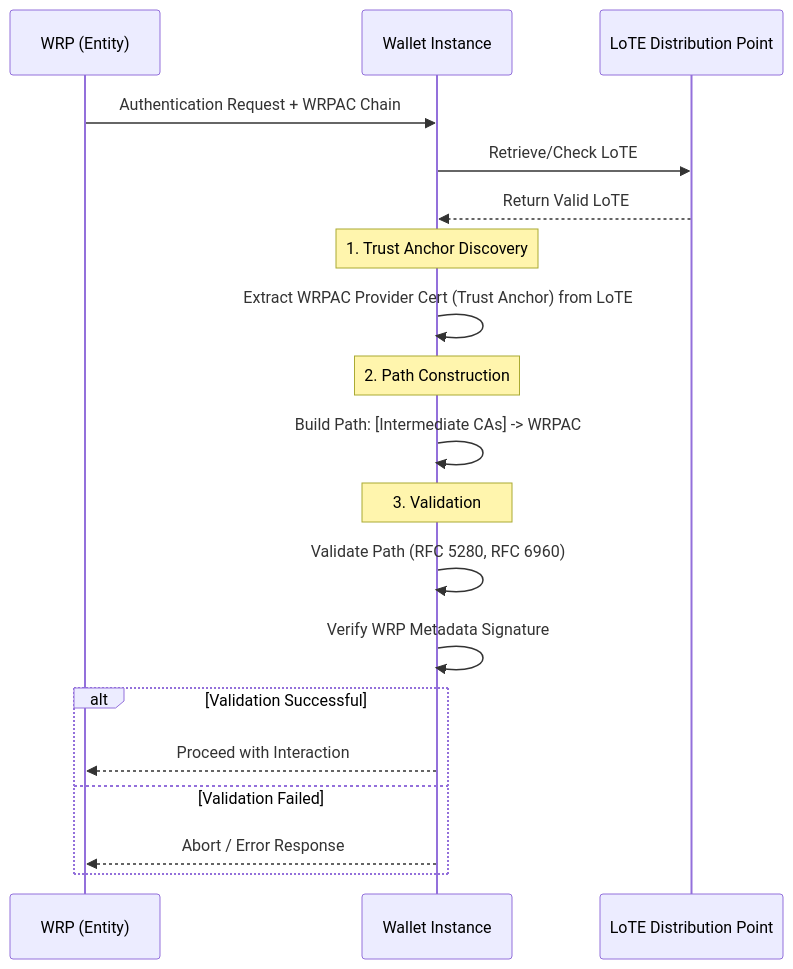
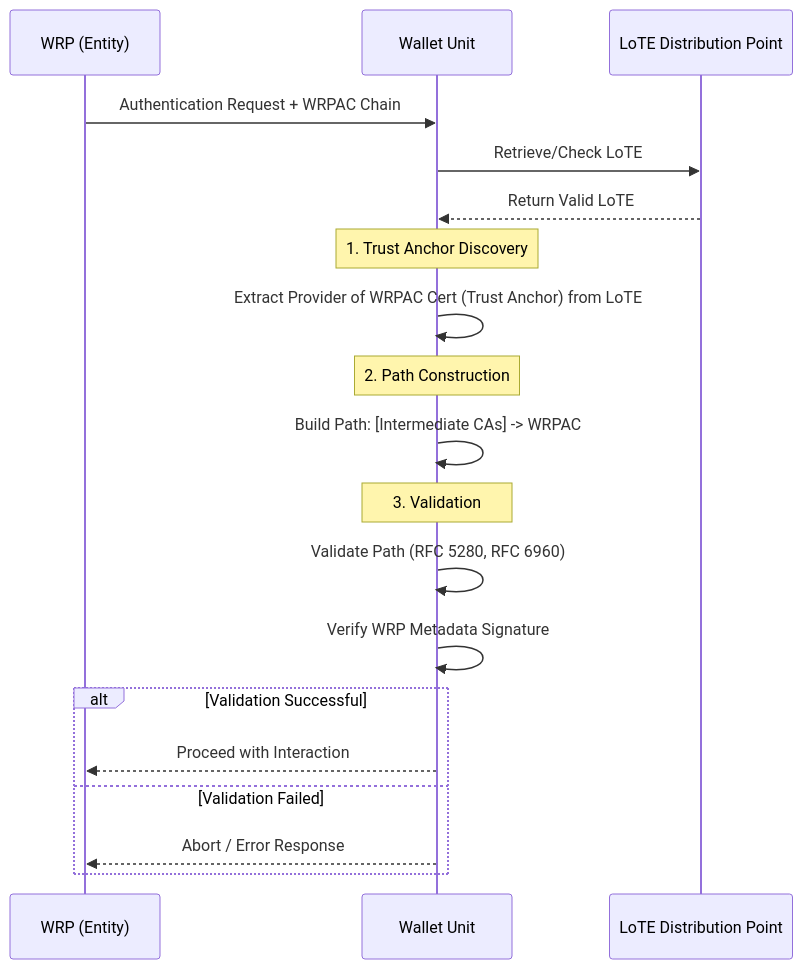
Before and after one commit to APTITUDE-Consortium/wp2-trust-specifications: the first of 4 diagrams in topics/authentication-process.md, drawn with Mermaid. The commit also changed other lines of this file and 2 other files, not shown here.

````diff
--- a/topics/authentication-process.md
+++ b/topics/authentication-process.md
@@ -17,26 +17,26 @@
 ```mermaid
 sequenceDiagram
     participant WRP as WRP (Entity)
-    participant Wallet as Wallet Instance
+    participant Wallet as Wallet Unit
     participant LoTE as LoTE Distribution Point
 
     WRP->>Wallet: Authentication Request + WRPAC Chain
     Wallet->>LoTE: Retrieve/Check LoTE
     LoTE-->>Wallet: Return Valid LoTE
     
     Note over Wallet: 1. Trust Anchor Discovery
-    Wallet->>Wallet: Extract WRPAC Provider Cert (Trust Anchor) from LoTE
+    Wallet->>Wallet: Extract Provider of WRPAC Cert (Trust Anchor) from LoTE
     
     Note over Wallet: 2. Path Construction
     Wallet->>Wallet: Build Path: [Intermediate CAs] -> WRPAC
     
     Note over Wallet: 3. Validation
     Wallet->>Wallet: Validate Path (RFC 5280, RFC 6960)
     Wallet->>Wallet: Verify WRP Metadata Signature
     
     alt Validation Successful
         Wallet-->>WRP: Proceed with Interaction
     else Validation Failed
         Wallet-->>WRP: Abort / Error Response
     end
 ```
````
